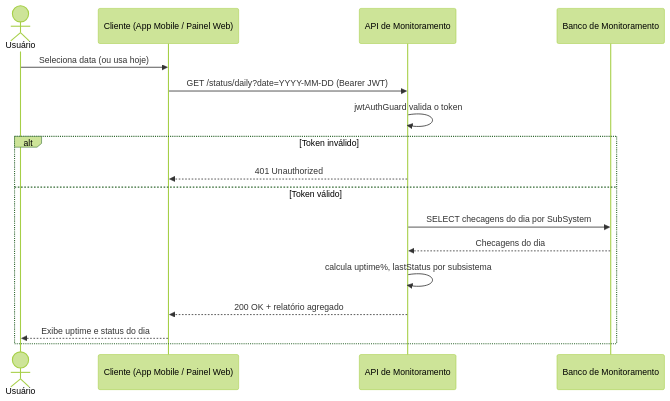
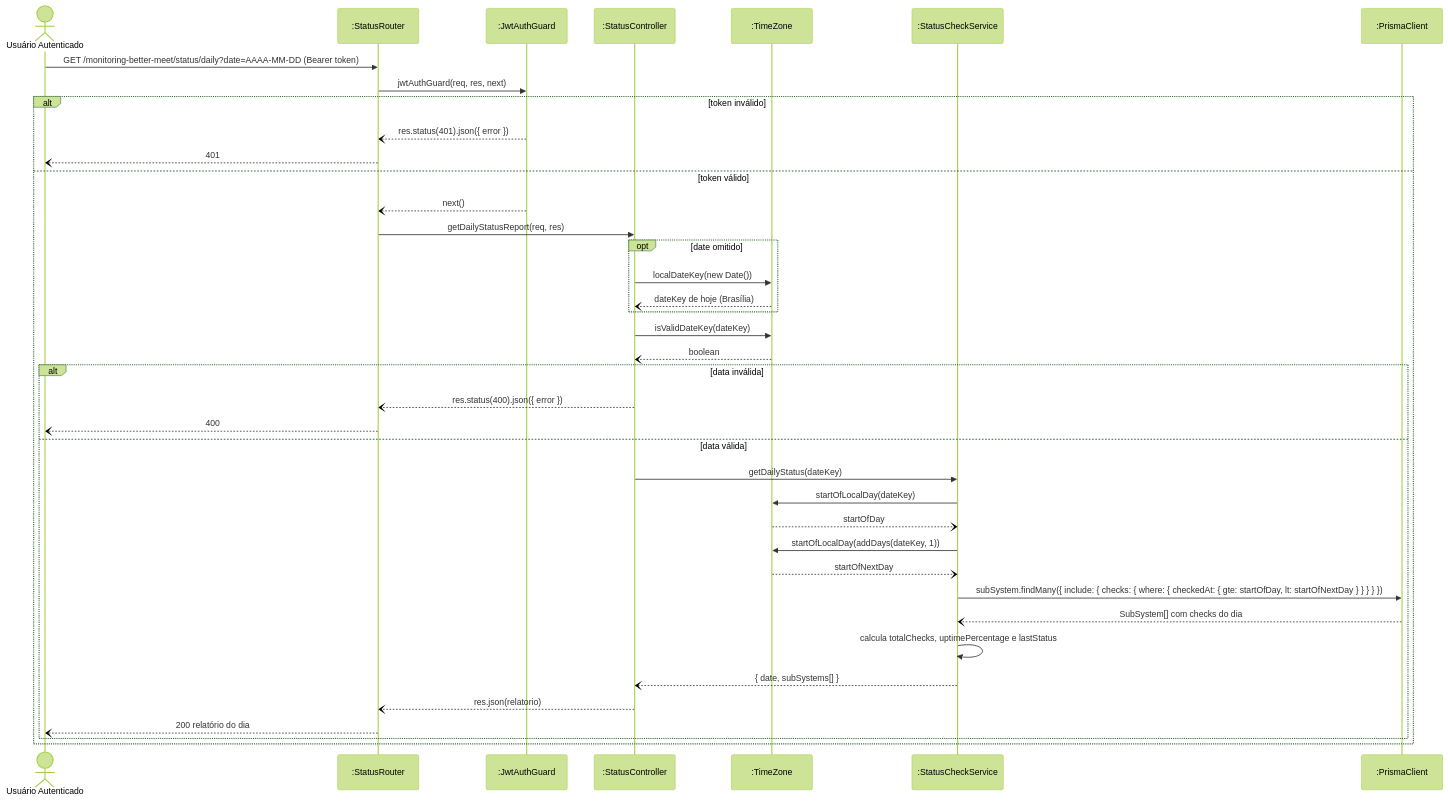
Before and after one commit to MiguelIFSP/BRTPDS2-PROJETO-E-DESENVOLVIMENTO-DE-SISTEMAS-2: the second of 17 diagrams in documentos/entrega2_Di1/requisitos_e_casos_de_uso.md, drawn with Mermaid (forest theme). The commit also changed other lines of this file and 7 other files, not shown here.

````diff
--- a/documentos/entrega2_Di1/requisitos_e_casos_de_uso.md
+++ b/documentos/entrega2_Di1/requisitos_e_casos_de_uso.md
@@ -161,20 +160,42 @@
 ```mermaid
 sequenceDiagram
-    actor U as Usuário
-    participant App as Cliente (App Mobile / Painel Web)
-    participant Mon as API de Monitoramento
-    participant DB as Banco de Monitoramento
+    actor Cli as Usuário Autenticado
+    participant R as :StatusRouter
+    participant G as :JwtAuthGuard
+    participant C as :StatusController
+    participant TZ as :TimeZone
+    participant S as :StatusCheckService
+    participant P as :PrismaClient
 
-    U->>App: Seleciona data (ou usa hoje)
-    App->>Mon: GET /status/daily?date=YYYY-MM-DD (Bearer JWT)
-    Mon->>Mon: jwtAuthGuard valida o token
-    alt Token inválido
-        Mon-->>App: 401 Unauthorized
-    else Token válido
-        Mon->>DB: SELECT checagens do dia por SubSystem
-        DB-->>Mon: Checagens do dia
-        Mon->>Mon: calcula uptime%, lastStatus por subsistema
-        Mon-->>App: 200 OK + relatório agregado
-        App-->>U: Exibe uptime e status do dia
+    Cli->>R: GET /monitoring-better-meet/status/daily?date=AAAA-MM-DD (Bearer token)
+    R->>G: jwtAuthGuard(req, res, next)
+    alt token inválido
+        G--)R: res.status(401).json({ error })
+        R--)Cli: 401
+    else token válido
+        G--)R: next()
+        R->>C: getDailyStatusReport(req, res)
+        opt date omitido
+            C->>TZ: localDateKey(new Date())
+            TZ--)C: dateKey de hoje (Brasília)
+        end
+        C->>TZ: isValidDateKey(dateKey)
+        TZ--)C: boolean
+        alt data inválida
+            C--)R: res.status(400).json({ error })
+            R--)Cli: 400
+        else data válida
+            C->>S: getDailyStatus(dateKey)
+            S->>TZ: startOfLocalDay(dateKey)
+            TZ--)S: startOfDay
+            S->>TZ: startOfLocalDay(addDays(dateKey, 1))
+            TZ--)S: startOfNextDay
+            S->>P: subSystem.findMany({ include: { checks: { where: { checkedAt: { gte: startOfDay, lt: startOfNextDay } } } } })
+            P--)S: SubSystem[] com checks do dia
+            S->>S: calcula totalChecks, uptimePercentage e lastStatus
+            S--)C: { date, subSystems[] }
+            C--)R: res.json(relatorio)
+            R--)Cli: 200 relatório do dia
+        end
     end
 ```
````
